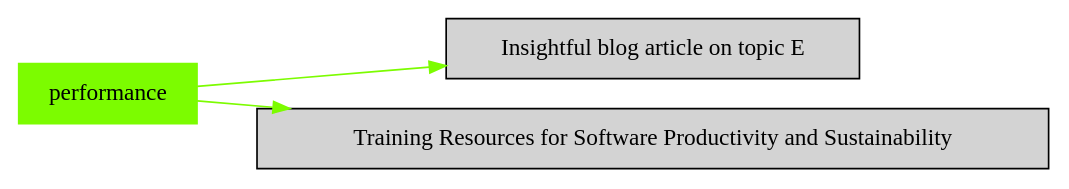
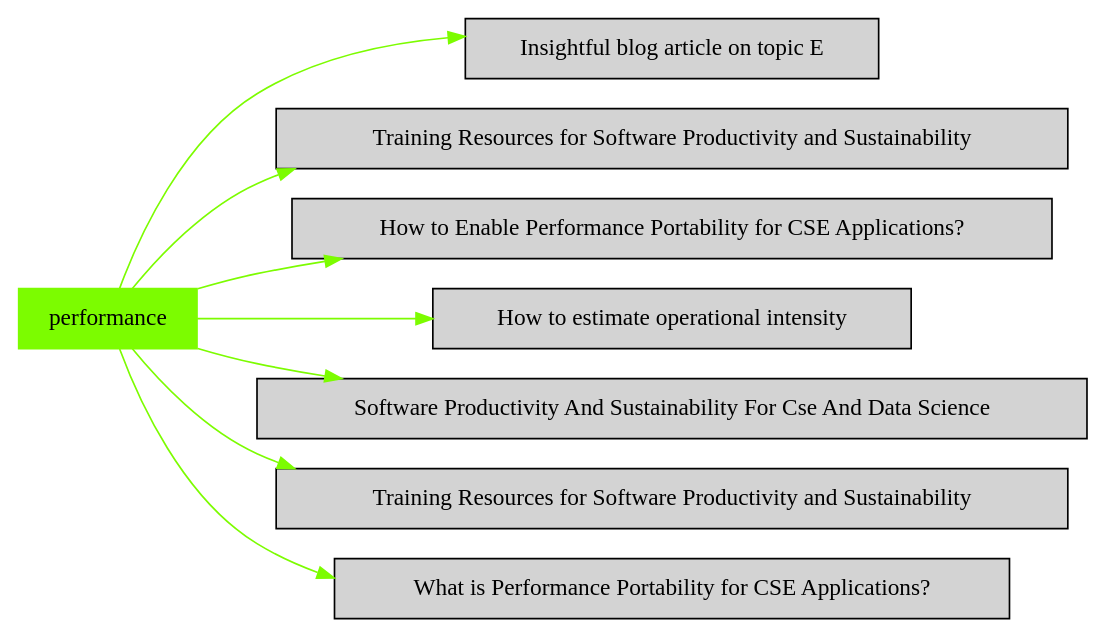
One commit to duongdo27/Dealii changed the diagram in markdown/category_performance.dot. Above: the diagram before and after it, drawn with Graphviz. The commit also changed 16 other files, not shown here.

```diff
--- a/markdown/category_performance.dot
+++ b/markdown/category_performance.dot
@@ -1,11 +1,21 @@
 digraph bettersoftware {
             rankdir = LR;
             ratio = fill;
             node [style=filled];
             node [shape = box];
 "performance" [colorscheme="svg" color="lawngreen"];
 "performance" ->  "BlogArticleSkeletonE.md" [colorscheme="svg" color="lawngreen"];
 "BlogArticleSkeletonE.md" [label="Insightful blog article on topic E" URL="http://bss.parallactic.com/resources/insightful-blog-article-on-topic-e"]
 "performance" ->  "BestPracticesForHPCSwDevelopersWebinarSeries.md" [colorscheme="svg" color="lawngreen"];
 "BestPracticesForHPCSwDevelopersWebinarSeries.md" [label="Training Resources for Software Productivity and Sustainability" URL="http://bss.parallactic.com/resources/training-resources-for-software-productivity-and-sustainability"]
+"performance" ->  "HowToEnablePerfPortabilityForCseApps.md" [colorscheme="svg" color="lawngreen"];
+"HowToEnablePerfPortabilityForCseApps.md" [label="How to Enable Performance Portability for CSE Applications?" URL="http://bss.parallactic.com/resources/how-to-enable-performance-portability-for-cse-applications?"]
+"performance" ->  "HowToEstimateOperationalIntensity.md" [colorscheme="svg" color="lawngreen"];
+"HowToEstimateOperationalIntensity.md" [label="How to estimate operational intensity" URL="http://bss.parallactic.com/resources/how-to-estimate-operational-intensity"]
+"performance" ->  "SwProductivityAndSustainabilityForCseAndDataScience.SIAM-CSE17.md" [colorscheme="svg" color="lawngreen"];
+"SwProductivityAndSustainabilityForCseAndDataScience.SIAM-CSE17.md" [label="Software Productivity And Sustainability For Cse And Data Science" URL="http://bss.parallactic.com/events/siam-conference-on-computational-science-and-engineering-cse17 "]
+"performance" ->  "Training.ProductivityAndSustainability.md" [colorscheme="svg" color="lawngreen"];
+"Training.ProductivityAndSustainability.md" [label="Training Resources for Software Productivity and Sustainability" URL="http://bss.parallactic.com/resources/training-resources-for-software-productivity-and-sustainability"]
+"performance" ->  "WhatIsPerfPortabilityForCseApps.md" [colorscheme="svg" color="lawngreen"];
+"WhatIsPerfPortabilityForCseApps.md" [label="What is Performance Portability for CSE Applications?" URL="http://bss.parallactic.com/resources/what-is-performance-portability-for-cse-applications?"]
 }
```
